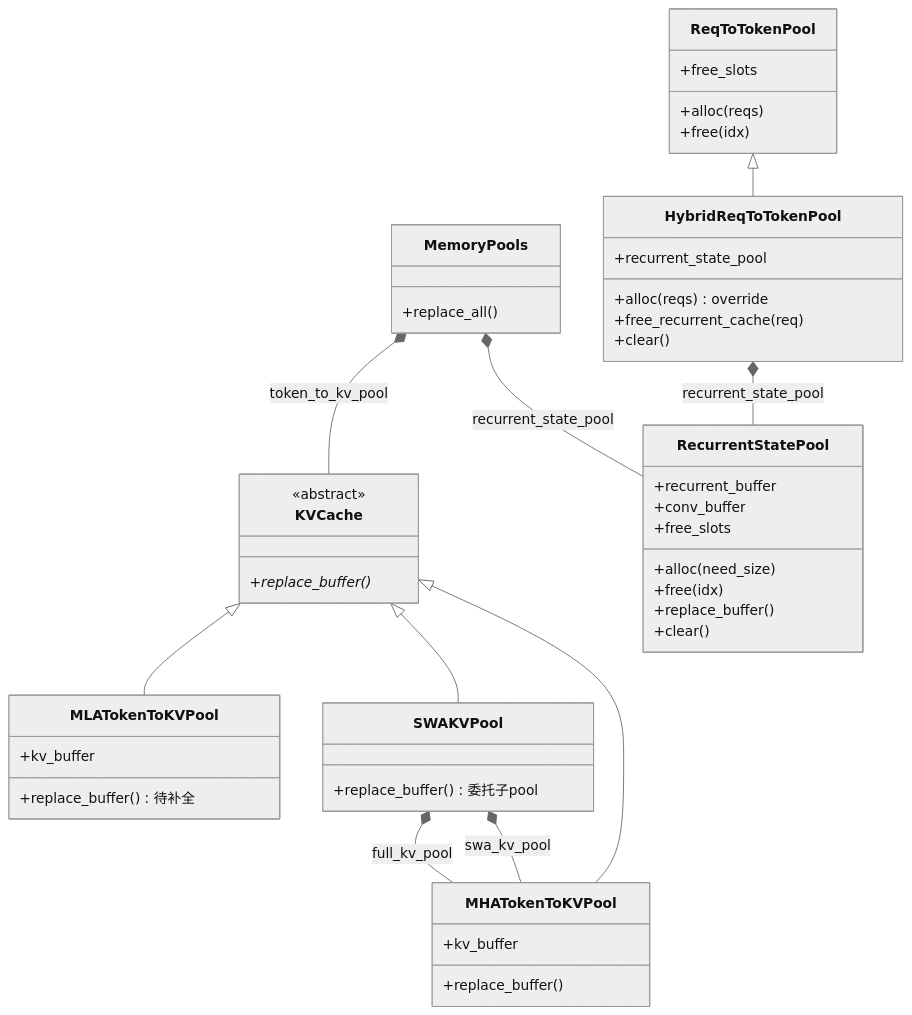
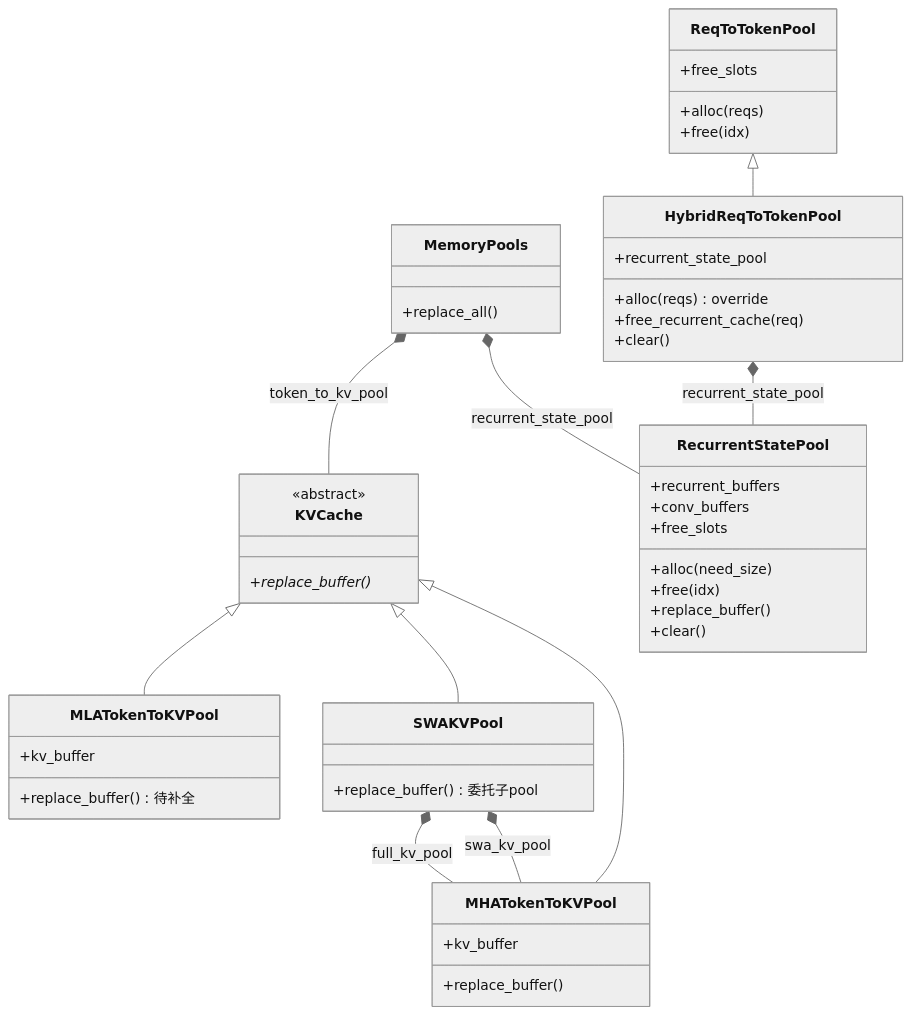
Before and after one commit to primatrix/strix: the first of 3 diagrams in docs/rfc/0015-hybrid-recurrent-state.md, drawn with Mermaid (neutral theme). The commit also changed other lines of this file, not shown here.

````diff
--- a/docs/rfc/0015-hybrid-recurrent-state.md
+++ b/docs/rfc/0015-hybrid-recurrent-state.md
@@ -45,50 +45,50 @@
 ```mermaid
 classDiagram
     class KVCache {
         <<abstract>>
         +replace_buffer()*
     }
     class MHATokenToKVPool {
         +kv_buffer
         +replace_buffer()
     }
     class MLATokenToKVPool {
         +kv_buffer
         +replace_buffer() 待补全
     }
     class SWAKVPool {
         +replace_buffer() 委托子pool
     }
     class ReqToTokenPool {
         +free_slots
         +alloc(reqs)
         +free(idx)
     }
     class HybridReqToTokenPool {
         +recurrent_state_pool
         +alloc(reqs) override
         +free_recurrent_cache(req)
         +clear()
     }
     class RecurrentStatePool {
-        +recurrent_buffer
-        +conv_buffer
+        +recurrent_buffers
+        +conv_buffers
         +free_slots
         +alloc(need_size)
         +free(idx)
         +replace_buffer()
         +clear()
     }
     class MemoryPools {
         +replace_all()
     }
     KVCache <|-- MHATokenToKVPool
     KVCache <|-- MLATokenToKVPool
     KVCache <|-- SWAKVPool
     SWAKVPool *-- MHATokenToKVPool : swa_kv_pool
     SWAKVPool *-- MHATokenToKVPool : full_kv_pool
     ReqToTokenPool <|-- HybridReqToTokenPool
     HybridReqToTokenPool *-- RecurrentStatePool : recurrent_state_pool
     MemoryPools *-- KVCache : token_to_kv_pool
     MemoryPools *-- RecurrentStatePool : recurrent_state_pool
 ```
````
